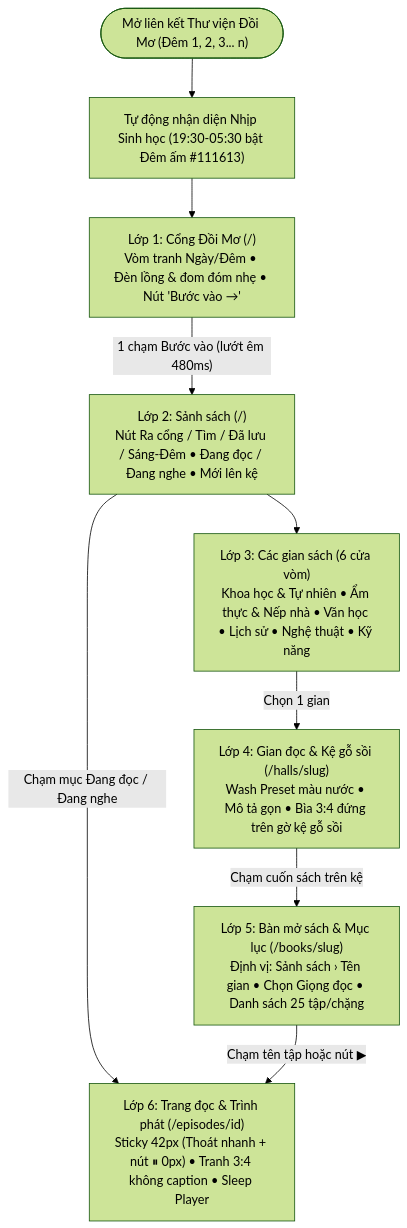
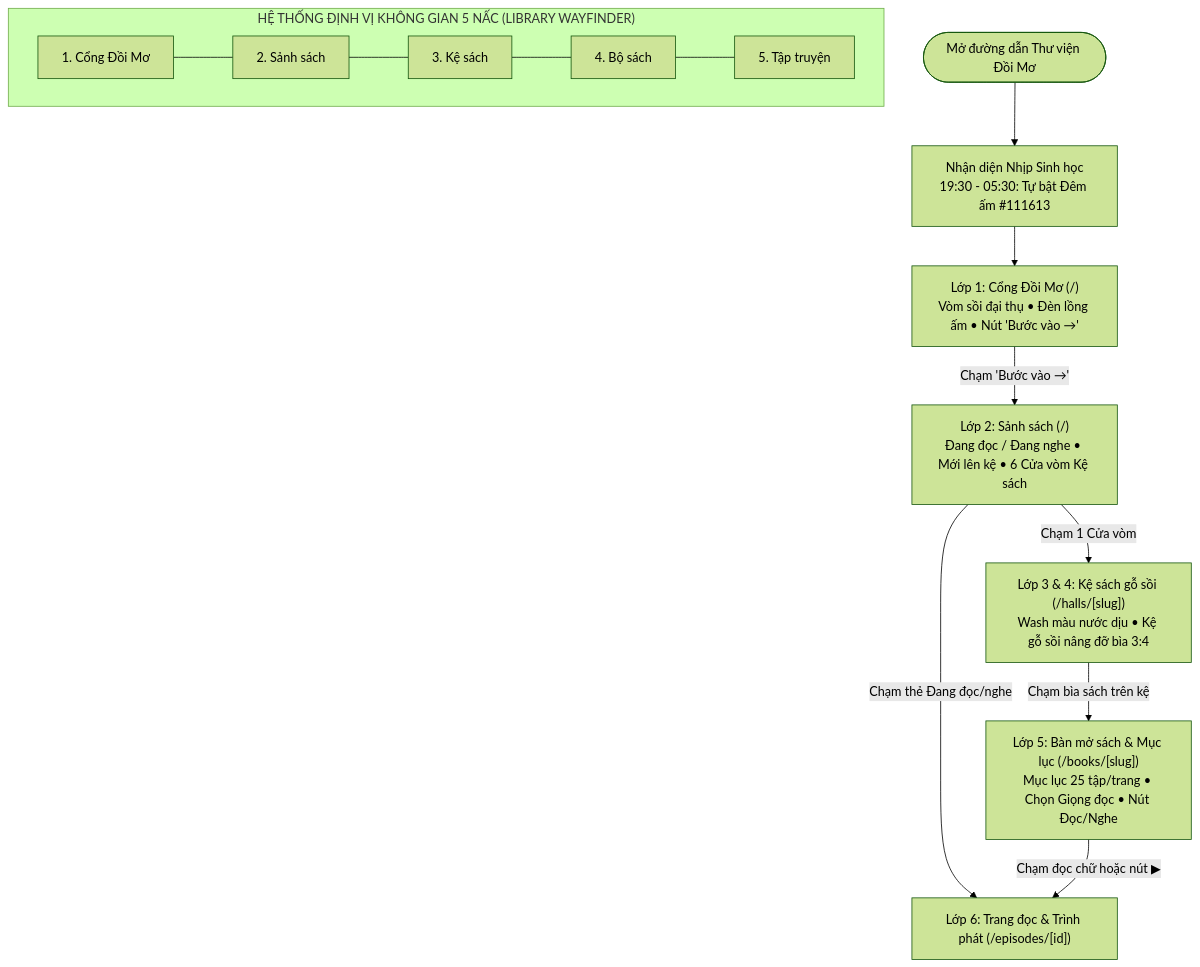
The first of 2 diagrams in QUY_TRINH_THU_VIEN_DOI_MO.md (lethanhuyen-cell/sach-cua-con-player), drawn with Mermaid (forest theme) before and after one commit. The commit also changed other lines of this file and 11 other files, not shown here.

Commit message:
feat(handover): finalize 5-step spatial wayfinder, shelf standardization, and standard manuals

````diff
--- a/QUY_TRINH_THU_VIEN_DOI_MO.md
+++ b/QUY_TRINH_THU_VIEN_DOI_MO.md
@@ -16,14 +25,18 @@
 ```mermaid
 flowchart TD
-    OPEN(["Mở liên kết Thư viện Đồi Mơ (Đêm 1, 2, 3... n)"]) --> CIRCADIAN["Tự động nhận diện Nhịp Sinh học (19:30-05:30 bật Đêm ấm #111613)"]
-    CIRCADIAN --> GATE["Lớp 1: Cổng Đồi Mơ (/)<br/>Vòm tranh Ngày/Đêm • Đèn lồng & đom đóm nhẹ • Nút 'Bước vào →'"]
+    OPEN(["Mở đường dẫn Thư viện Đồi Mơ"]) --> SENSE["Nhận diện Nhịp Sinh học<br/>19:30 - 05:30: Tự bật Đêm ấm #111613"]
+    SENSE --> L1["Lớp 1: Cổng Đồi Mơ (/)<br/>Vòm sồi đại thụ • Đèn lồng ấm • Nút 'Bước vào →'"]
 
-    GATE -->|"1 chạm Bước vào (lướt êm 480ms)"| FOYER["Lớp 2: Sảnh sách (/)<br/>Nút Ra cổng / Tìm / Đã lưu / Sáng-Đêm • Đang đọc / Đang nghe • Mới lên kệ"]
-    FOYER -->|"Chạm mục Đang đọc / Đang nghe"| READER
-    FOYER --> HALLS["Lớp 3: Các gian sách (6 cửa vòm)<br/>Khoa học & Tự nhiên • Ẩm thực & Nếp nhà • Văn học • Lịch sử • Nghệ thuật • Kỹ năng"]
+    L1 -->|"Chạm 'Bước vào →'"| L2["Lớp 2: Sảnh sách (/)<br/>Đang đọc / Đang nghe • Mới lên kệ • 6 Cửa vòm Kệ sách"]
+    L2 -->|"Chạm thẻ Đang đọc/nghe"| L6["Lớp 6: Trang đọc & Trình phát (/episodes/[id])"]
 
-    HALLS -->|"Chọn 1 gian"| HALL_SHELF["Lớp 4: Gian đọc & Kệ gỗ sồi (/halls/slug)<br/>Wash Preset màu nước • Mô tả gọn • Bìa 3:4 đứng trên gờ kệ gỗ sồi"]
-    HALL_SHELF -->|"Chạm cuốn sách trên kệ"| BOOK_TOC["Lớp 5: Bàn mở sách & Mục lục (/books/slug)<br/>Định vị: Sảnh sách › Tên gian • Chọn Giọng đọc • Danh sách 25 tập/chặng"]
+    L2 -->|"Chạm 1 Cửa vòm"| L3_L4["Lớp 3 & 4: Kệ sách gỗ sồi (/halls/[slug])<br/>Wash màu nước dịu • Kệ gỗ sồi nâng đỡ bìa 3:4"]
+    L3_L4 -->|"Chạm bìa sách trên kệ"| L5["Lớp 5: Bàn mở sách & Mục lục (/books/[slug])<br/>Mục lục 25 tập/trang • Chọn Giọng đọc • Nút Đọc/Nghe"]
 
-    BOOK_TOC -->|"Chạm tên tập hoặc nút ▶"| READER["Lớp 6: Trang đọc & Trình phát (/episodes/id)<br/>Sticky 42px (Thoát nhanh + nút ⏸ 0px) • Tranh 3:4 không caption • Sleep Player"]
+    L5 -->|"Chạm đọc chữ hoặc nút ▶"| L6
+
+    subgraph WAYFINDER["HỆ THỐNG ĐỊNH VỊ KHÔNG GIAN 5 NẤC (LIBRARY WAYFINDER)"]
+        direction LR
+        WF1["1. Cổng Đồi Mơ"] --- WF2["2. Sảnh sách"] --- WF3["3. Kệ sách"] --- WF4["4. Bộ sách"] --- WF5["5. Tập truyện"]
+    end
 ```
````
